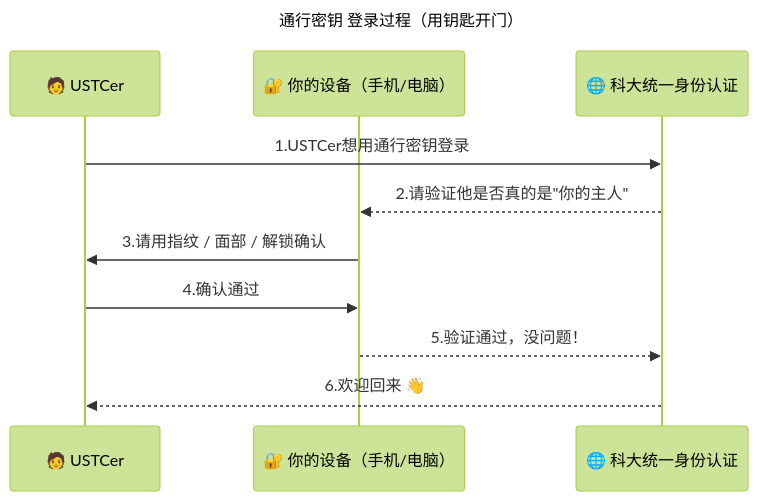
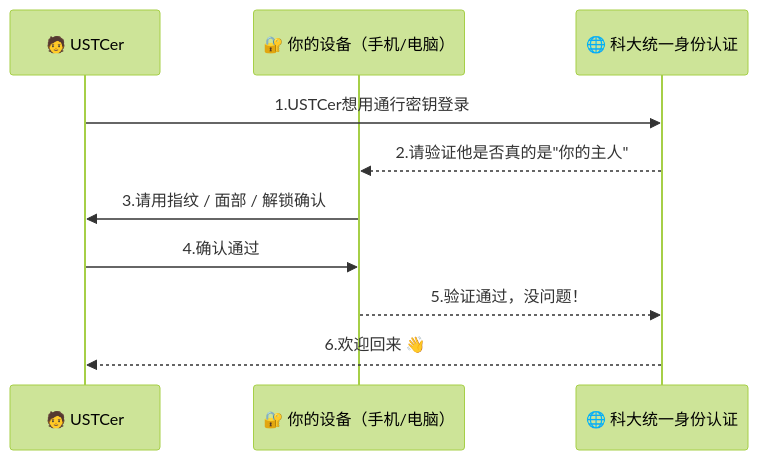
The second of 3 diagrams in docs/passkey.md (wf0229/id_doc), drawn with Mermaid (forest theme) before and after one commit.

````diff
--- a/docs/passkey.md
+++ b/docs/passkey.md
@@ -20,14 +20,13 @@
 ```mermaid
 sequenceDiagram
-    title 通行密钥 登录过程（用钥匙开门）
     participant U as 🧑 USTCer
     participant D as 🔐 你的设备（手机/电脑）
     participant P as 🌐 科大统一身份认证
 
     U->>P: 1.USTCer想用通行密钥登录
     P-->>D: 2.请验证他是否真的是"你的主人"
     D->>U: 3.请用指纹 / 面部 / 解锁确认
     U->>D: 4.确认通过
     D-->>P: 5.验证通过，没问题！
     P-->>U: 6.欢迎回来 👋
 ```
````
